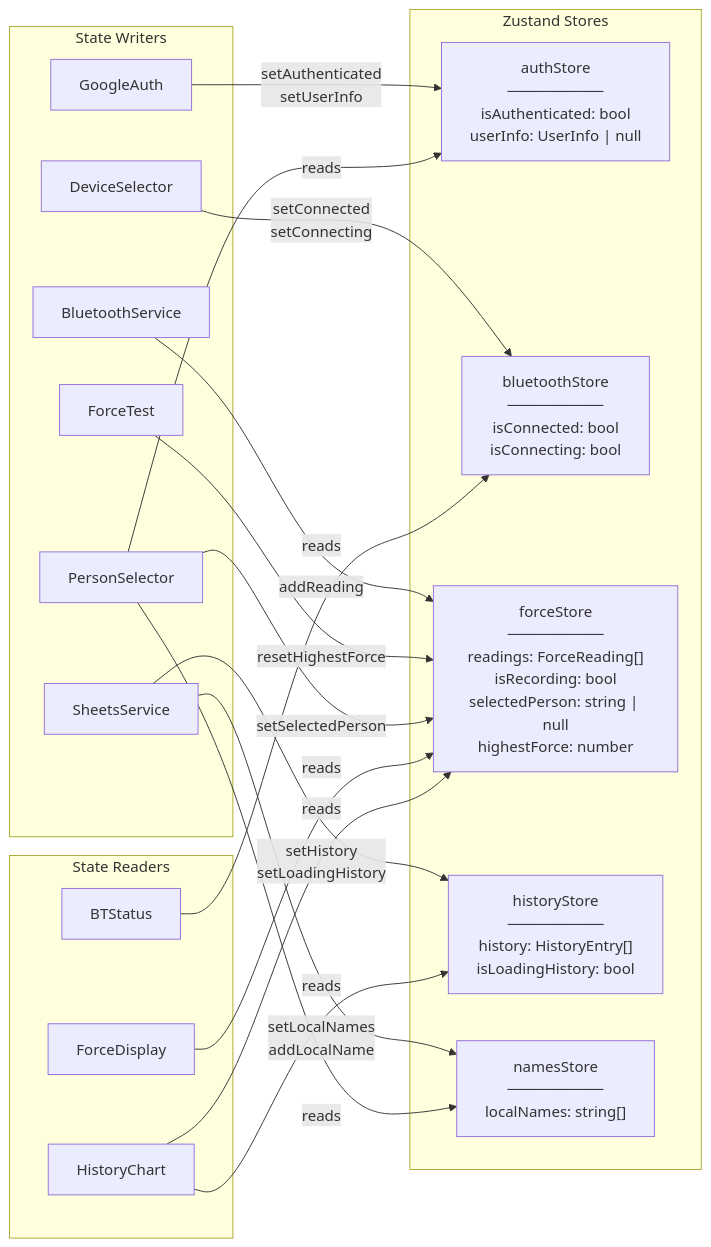
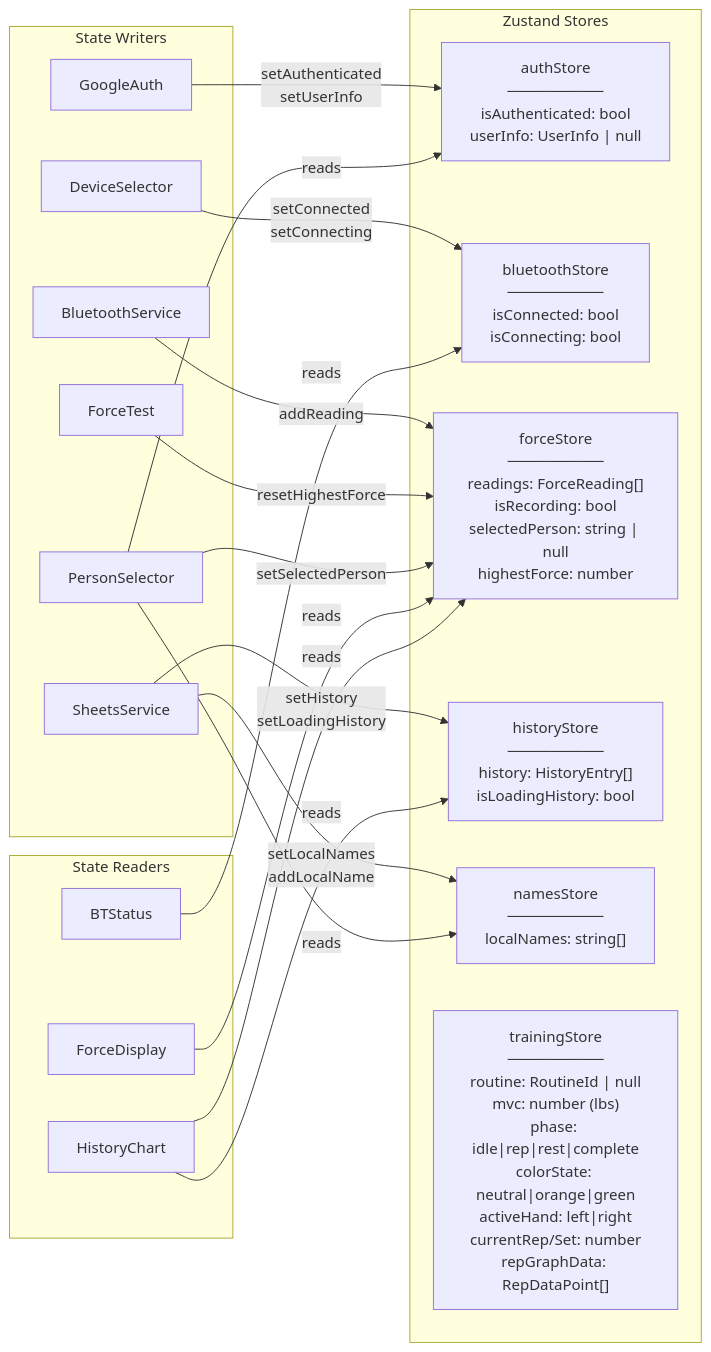
The fourth of 23 diagrams in ARCHITECTURE.md (DerekLieww/Force-Recorder), drawn with Mermaid before and after one commit. The commit also changed other lines of this file and 1 other file, not shown here.

Commit message:
feat: Update Architecture & Readme with training feat

````diff
--- a/ARCHITECTURE.md
+++ b/ARCHITECTURE.md
@@ -242,29 +254,30 @@
 ```mermaid
 graph LR
     subgraph Stores["Zustand Stores"]
         AuthStore["authStore<br/>─────────<br/>isAuthenticated: bool<br/>userInfo: UserInfo | null"]
         BTStore["bluetoothStore<br/>─────────<br/>isConnected: bool<br/>isConnecting: bool"]
         ForceStore["forceStore<br/>─────────<br/>readings: ForceReading[]<br/>isRecording: bool<br/>selectedPerson: string | null<br/>highestForce: number"]
         HistoryStore["historyStore<br/>─────────<br/>history: HistoryEntry[]<br/>isLoadingHistory: bool"]
         NamesStore["namesStore<br/>─────────<br/>localNames: string[]"]
+        TrainingStore["trainingStore<br/>─────────<br/>routine: RoutineId | null<br/>mvc: number (lbs)<br/>phase: idle|rep|rest|complete<br/>colorState: neutral|orange|green<br/>activeHand: left|right<br/>currentRep/Set: number<br/>repGraphData: RepDataPoint[]"]
     end
 
     subgraph Writers["State Writers"]
         GoogleAuth -->|"setAuthenticated<br/>setUserInfo"| AuthStore
         DeviceSelector -->|"setConnected<br/>setConnecting"| BTStore
         BluetoothService -->|"addReading"| ForceStore
         ForceTest -->|"resetHighestForce"| ForceStore
         PersonSelector -->|"setSelectedPerson"| ForceStore
         SheetsService -->|"setHistory<br/>setLoadingHistory"| HistoryStore
         SheetsService -->|"setLocalNames<br/>addLocalName"| NamesStore
     end
 
     subgraph Readers["State Readers"]
         ForceDisplay -->|"reads"| ForceStore
         HistoryChart -->|"reads"| HistoryStore
         HistoryChart -->|"reads"| ForceStore
         PersonSelector -->|"reads"| NamesStore
         PersonSelector -->|"reads"| AuthStore
         BTStatus -->|"reads"| BTStore
     end
 ```
````
